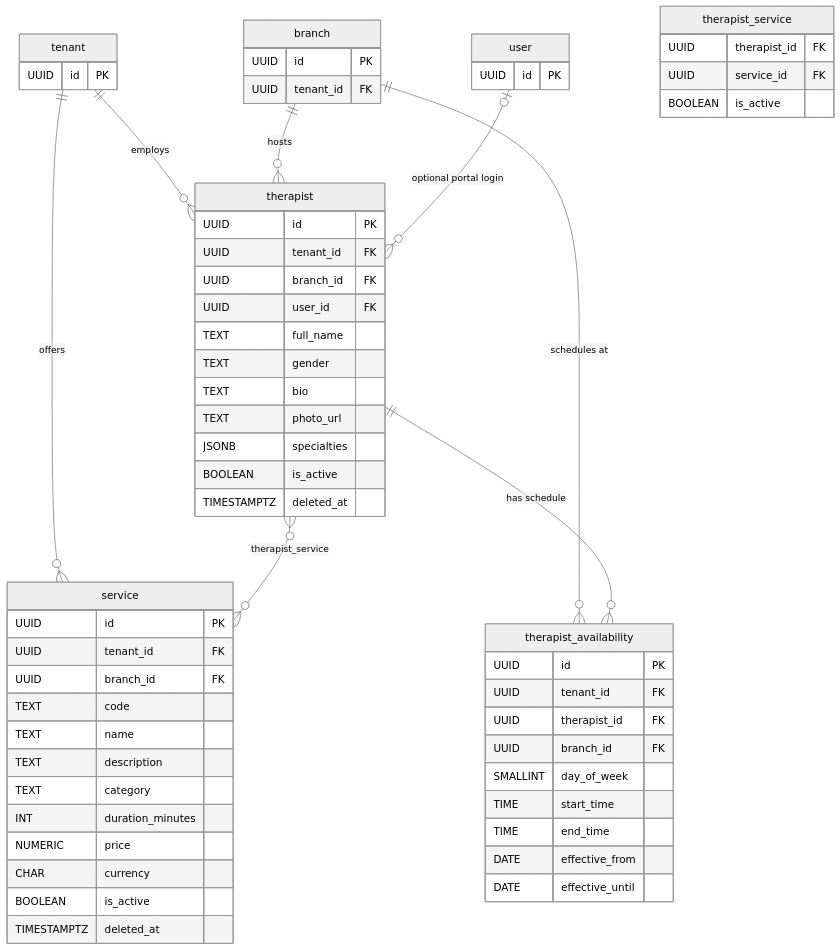
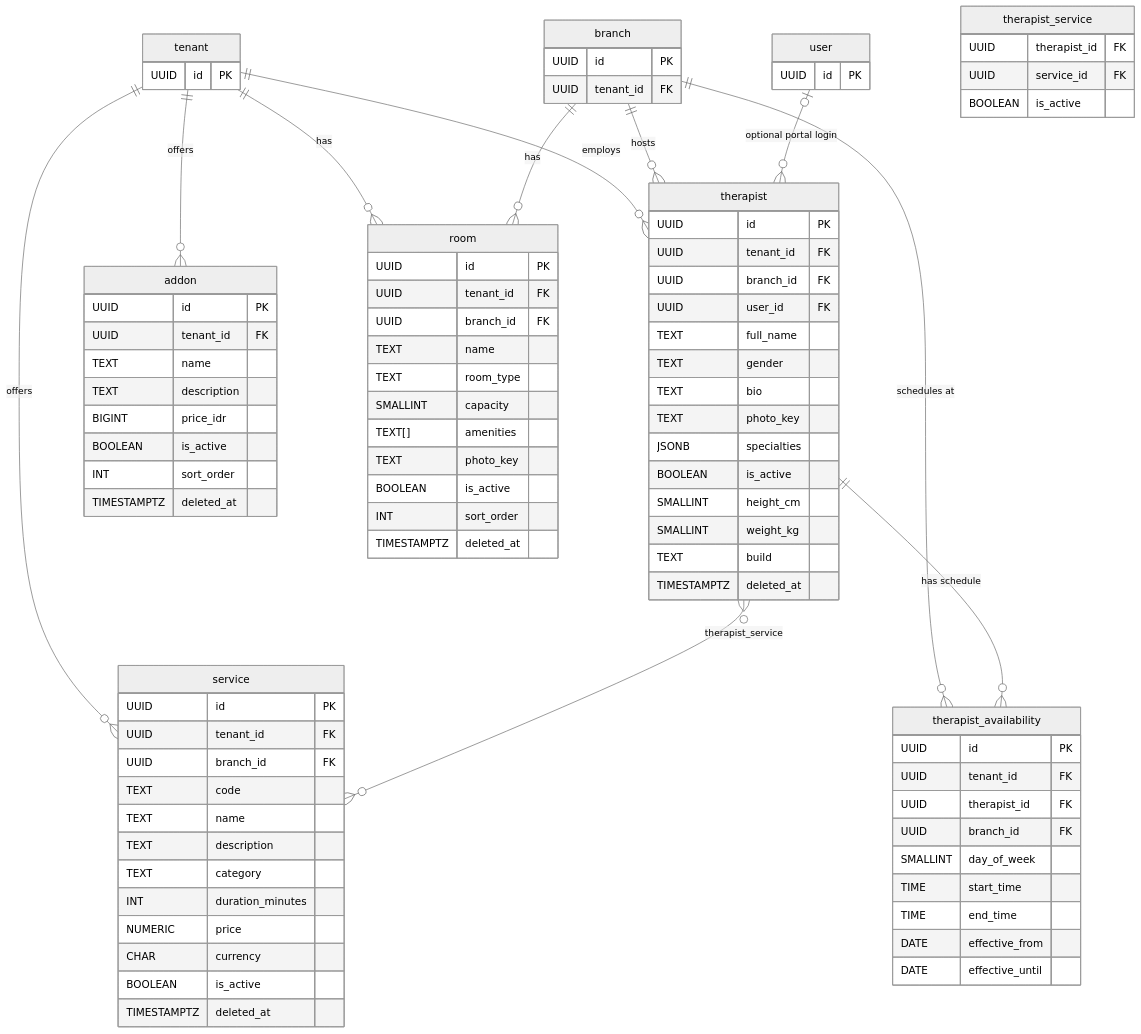
The ninth of 9 diagrams in docs/DATA_MODEL.md (chrisanlung/agents), drawn with Mermaid (neutral theme) before and after one commit. The commit also changed other lines of this file and 157 other files, not shown here.

```diff
--- a/docs/DATA_MODEL.md
+++ b/docs/DATA_MODEL.md
@@ -1122,9 +1175,12 @@
         TEXT full_name
         TEXT gender
         TEXT bio
-        TEXT photo_url
+        TEXT photo_key
         JSONB specialties
         BOOLEAN is_active
+        SMALLINT height_cm
+        SMALLINT weight_kg
+        TEXT build
         TIMESTAMPTZ deleted_at
     }
     service {
@@ -1157,11 +1213,37 @@
         DATE effective_from
         DATE effective_until
     }
+    addon {
+        UUID id PK
+        UUID tenant_id FK
+        TEXT name
+        TEXT description
+        BIGINT price_idr
+        BOOLEAN is_active
+        INT sort_order
+        TIMESTAMPTZ deleted_at
+    }
+    room {
+        UUID id PK
+        UUID tenant_id FK
+        UUID branch_id FK
+        TEXT name
+        TEXT room_type
+        SMALLINT capacity
+        TEXT[] amenities
+        TEXT photo_key
+        BOOLEAN is_active
+        INT sort_order
+        TIMESTAMPTZ deleted_at
+    }
 
     tenant ||--o{ therapist : "employs"
     tenant ||--o{ service : "offers"
+    tenant ||--o{ addon : "offers"
+    tenant ||--o{ room : "has"
     branch ||--o{ therapist : "hosts"
     branch ||--o{ therapist_availability : "schedules at"
+    branch ||--o{ room : "has"
     user o|--o{ therapist : "optional portal login"
     therapist }o--o{ service : "therapist_service"
     therapist ||--o{ therapist_availability : "has schedule"
```
